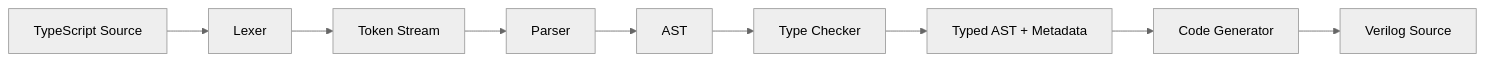
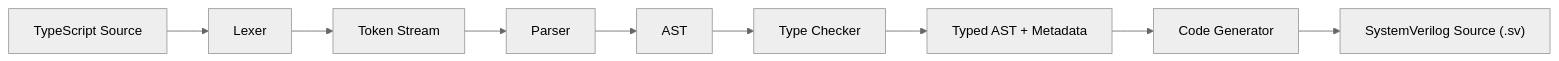
The first of 7 diagrams in docs/architecture.md (thecharge/sndv-hdl), drawn with Mermaid (neutral theme) before and after one commit. The commit also changed other lines of this file and 31 other files, not shown here.

````diff
--- a/docs/architecture.md
+++ b/docs/architecture.md
@@ -8,11 +8,11 @@
 ```mermaid
 flowchart LR
     A["TypeScript Source"] --> B["Lexer"]
     B --> C["Token Stream"]
     C --> D["Parser"]
     D --> E["AST"]
     E --> F["Type Checker"]
     F --> G["Typed AST + Metadata"]
     G --> H["Code Generator"]
-    H --> I["Verilog Source"]
+    H --> I["SystemVerilog Source (.sv)"]
 ```
````
